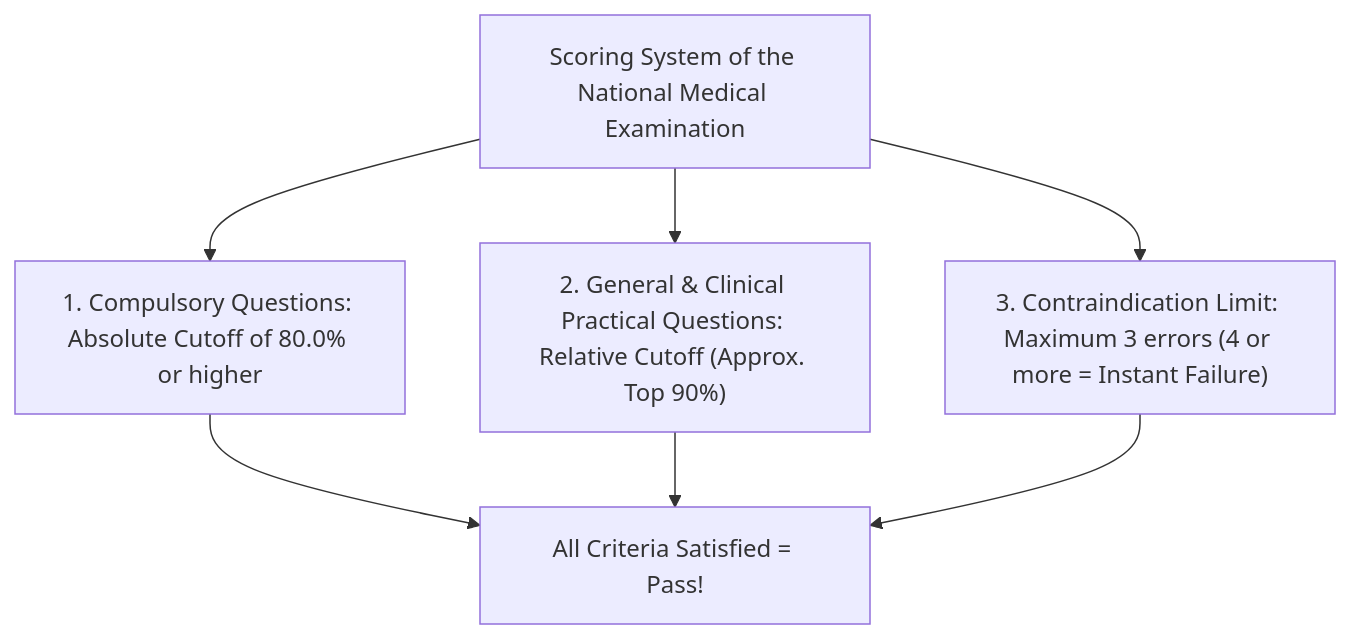
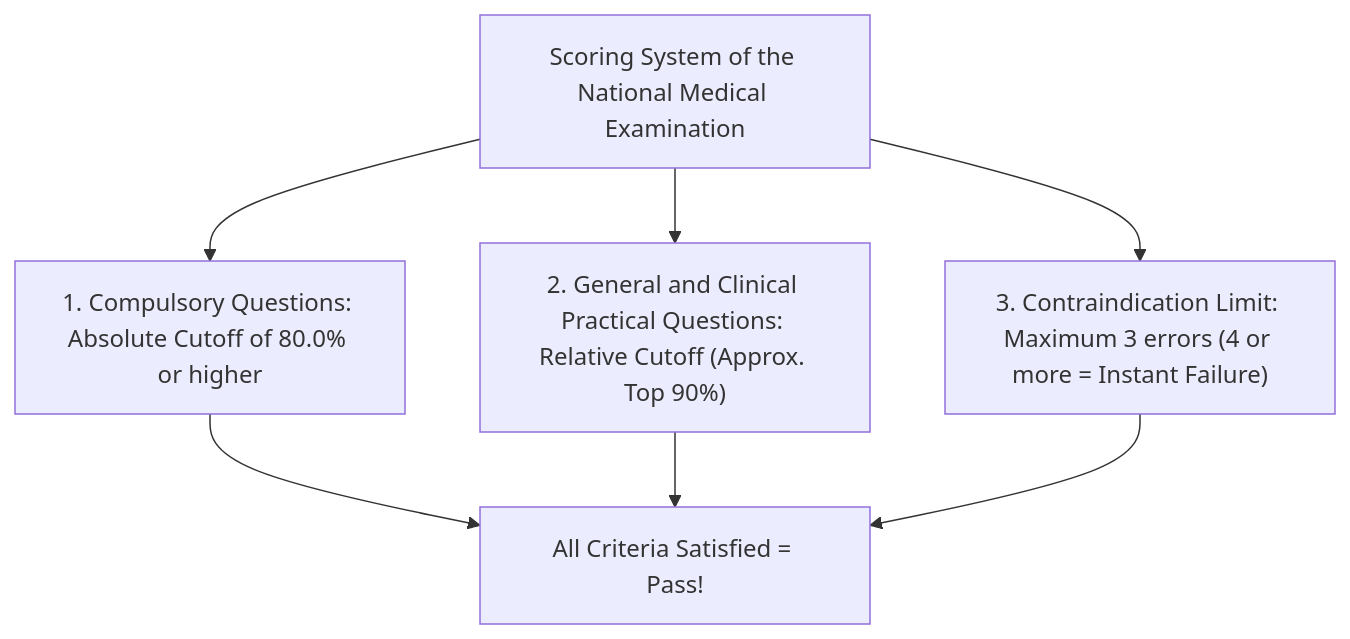
The third of 7 diagrams in content/post/medical-doctor-education-qualifications-specialties/index.en.md (kenjinote/blog), drawn with Mermaid before and after one commit. The commit also changed other lines of this file and 12 other files, not shown here.

Commit message:
fix(medical-doctor): resolve mermaid syntax error in subgraph and fix unrendered bold asterisks

````diff
--- a/content/post/medical-doctor-education-qualifications-specialties/index.en.md
+++ b/content/post/medical-doctor-education-qualifications-specialties/index.en.md
@@ -158,10 +158,10 @@
 ```mermaid
 flowchart TD
     SUBJ["Scoring System of the National Medical Examination"]
     SUBJ --> C1["1. Compulsory Questions: Absolute Cutoff of 80.0% or higher"]
-    SUBJ --> C2["2. General & Clinical Practical Questions: Relative Cutoff (Approx. Top 90%)"]
+    SUBJ --> C2["2. General and Clinical Practical Questions: Relative Cutoff (Approx. Top 90%)"]
     SUBJ --> C3["3. Contraindication Limit: Maximum 3 errors (4 or more = Instant Failure)"]
     C1 --> PASS["All Criteria Satisfied = Pass!"]
     C2 --> PASS
     C3 --> PASS
 ```
````
